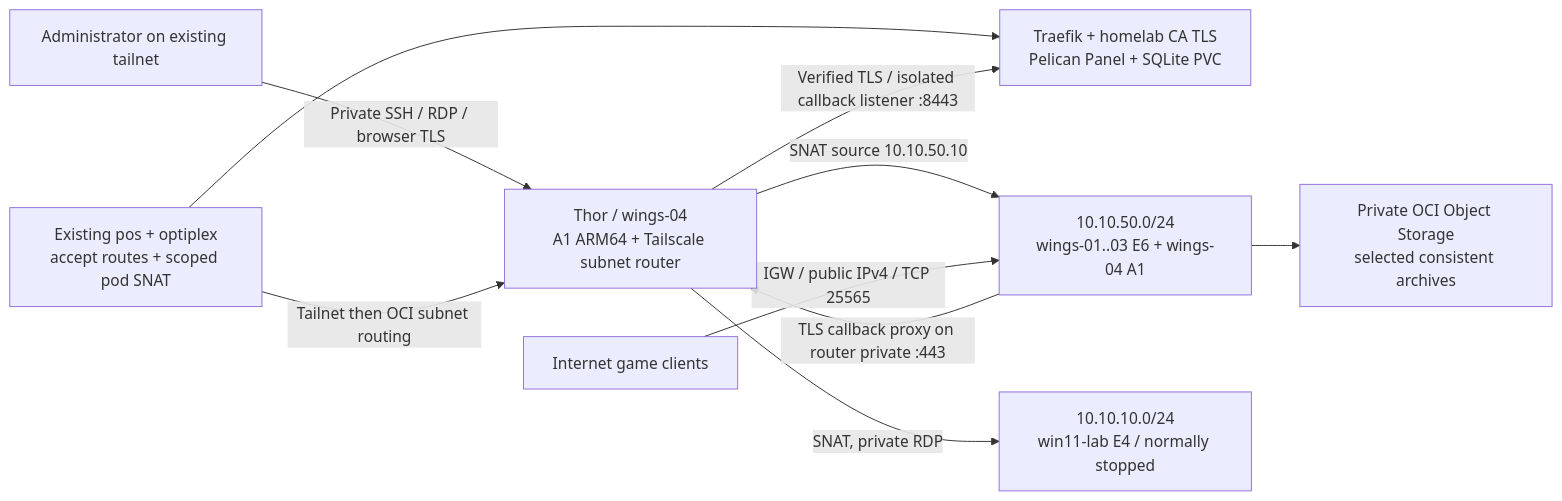
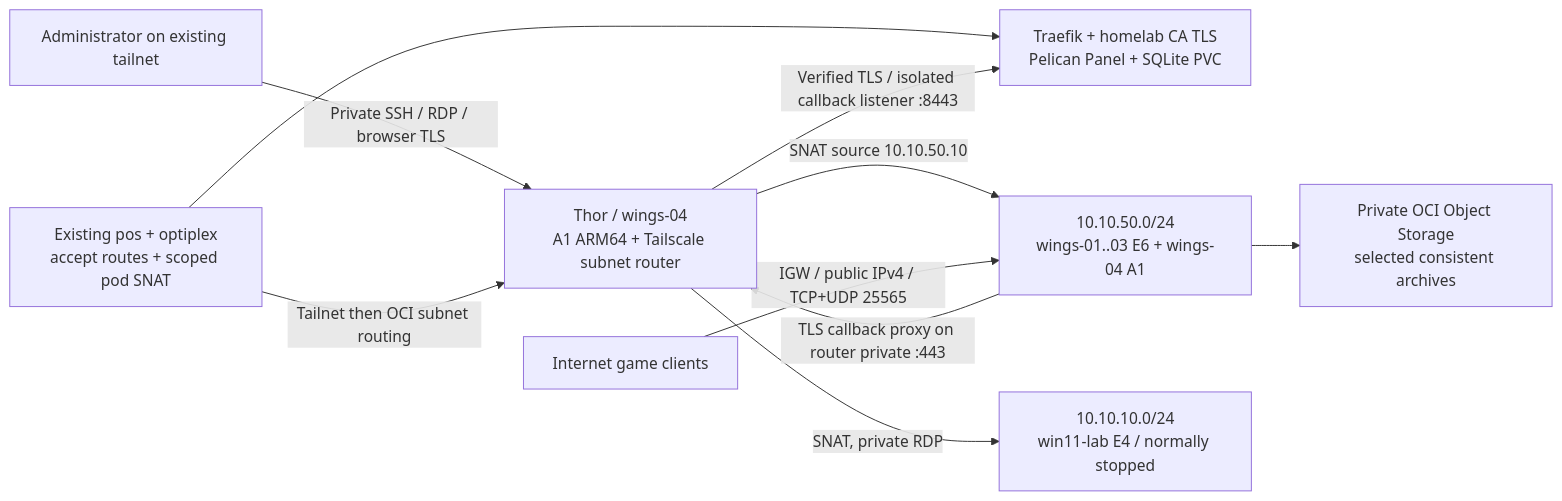
Before and after one commit to AFAskar/homelab: the diagram in oci/docs/architecture.md, drawn with Mermaid. The commit also changed other lines of this file and 6 other files, not shown here.

````diff
--- a/oci/docs/architecture.md
+++ b/oci/docs/architecture.md
@@ -3,12 +3,12 @@
 ```mermaid
 flowchart LR
   Admin[Administrator on existing tailnet] -->|Private SSH / RDP / browser TLS| Router[Thor / wings-04\nA1 ARM64 + Tailscale subnet router]
   K3S[Existing pos + optiplex\naccept routes + scoped pod SNAT] -->|Tailnet then OCI subnet routing| Router
   K3S --> Panel[Traefik + homelab CA TLS\nPelican Panel + SQLite PVC]
   Router -->|SNAT source 10.10.50.10| Wings[10.10.50.0/24\nwings-01..03 E6 + wings-04 A1]
   Router -->|SNAT, private RDP| Win[10.10.10.0/24\nwin11-lab E4 / normally stopped]
-  Players[Internet game clients] -->|IGW / public IPv4 / TCP 25565| Wings
+  Players[Internet game clients] -->|IGW / public IPv4 / TCP+UDP 25565| Wings
   Wings -->|TLS callback proxy on router private :443| Router
   Router -->|Verified TLS / isolated callback listener :8443| Panel
   Wings --> Backups[Private OCI Object Storage\nselected consistent archives]
 ```
````
